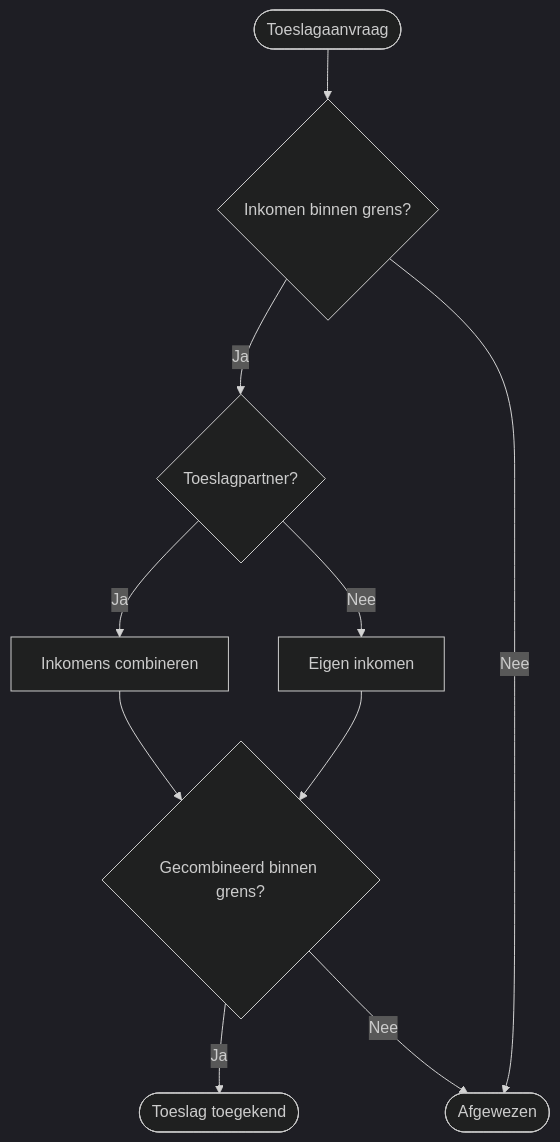
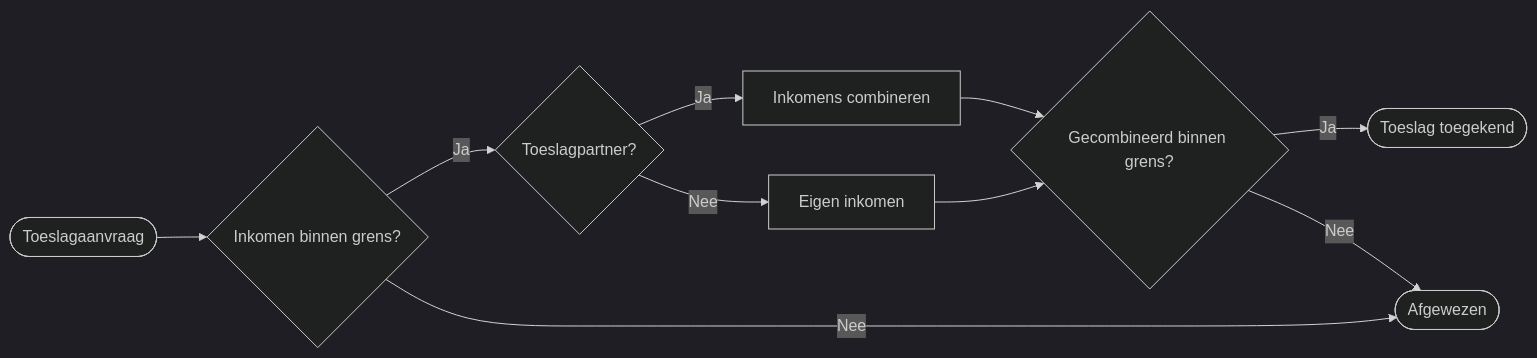
One commit to vriesdemichael/presentaties changed the second of 4 diagrams in presentations/template/slides.md. Above: the diagram before and after it, drawn with Mermaid (dark theme). The commit also changed other lines of this file and 1 other file, not shown here.

Commit message:
feat(theme): add setup/mermaid.ts; fix flowchart to LR layout
setup/mermaid.ts properly initializes BD mermaid theme via Slidev's
virtual module system. slidev.defaults.mermaid in package.json only
sets headmatter defaults and is never passed to mermaid.initialize();
the actual initialization path requires a setup/mermaid.{ts,js} file.

Covers all diagram types: base palette, flowchart, sequence, Gantt,
ER diagram, and typography (ROregular font).

Also changes the flowchart showcase (slide 21) from TD to LR layout,
removing the zoom: 0.35 workaround. LR fills the slide horizontally
and renders at natural size with fully readable text.

````diff
--- a/presentations/template/slides.md
+++ b/presentations/template/slides.md
@@ -963,12 +962,12 @@
 ```mermaid
-flowchart TD
+flowchart LR
     A([Toeslagaanvraag]) --> B{Inkomen binnen grens?}
     B -->|Ja| C{Toeslagpartner?}
     B -->|Nee| X([Afgewezen])
     C -->|Ja| D[Inkomens combineren]
     C -->|Nee| E[Eigen inkomen]
     D --> F{Gecombineerd binnen grens?}
     E --> F
     F -->|Ja| G([Toeslag toegekend])
     F -->|Nee| X
 ```
````
